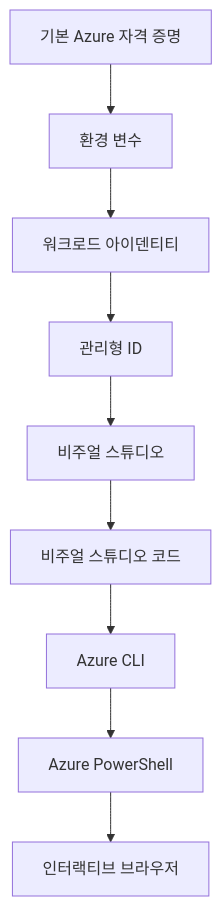
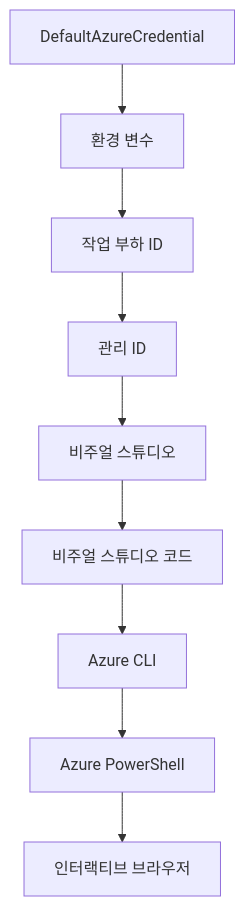
Before and after one commit to microsoft/AZD-for-beginners: the second of 2 diagrams in translations/ko/docs/chapter-01-foundation/azd-basics.md, drawn with Mermaid. The commit also changed other lines of this file and 104 other files, not shown here.

````diff
--- a/translations/ko/docs/chapter-01-foundation/azd-basics.md
+++ b/translations/ko/docs/chapter-01-foundation/azd-basics.md
@@ -593,11 +608,11 @@
 ```mermaid
 graph TD
-    A[기본 Azure 자격 증명] --> B[환경 변수]
-    B --> C[워크로드 아이덴티티]
-    C --> D[관리형 ID]
+    A[DefaultAzureCredential] --> B[환경 변수]
+    B --> C[작업 부하 ID]
+    C --> D[관리 ID]
     D --> E[비주얼 스튜디오]
     E --> F[비주얼 스튜디오 코드]
     F --> G[Azure CLI]
     G --> H[Azure PowerShell]
     H --> I[인터랙티브 브라우저]
 ```
````
